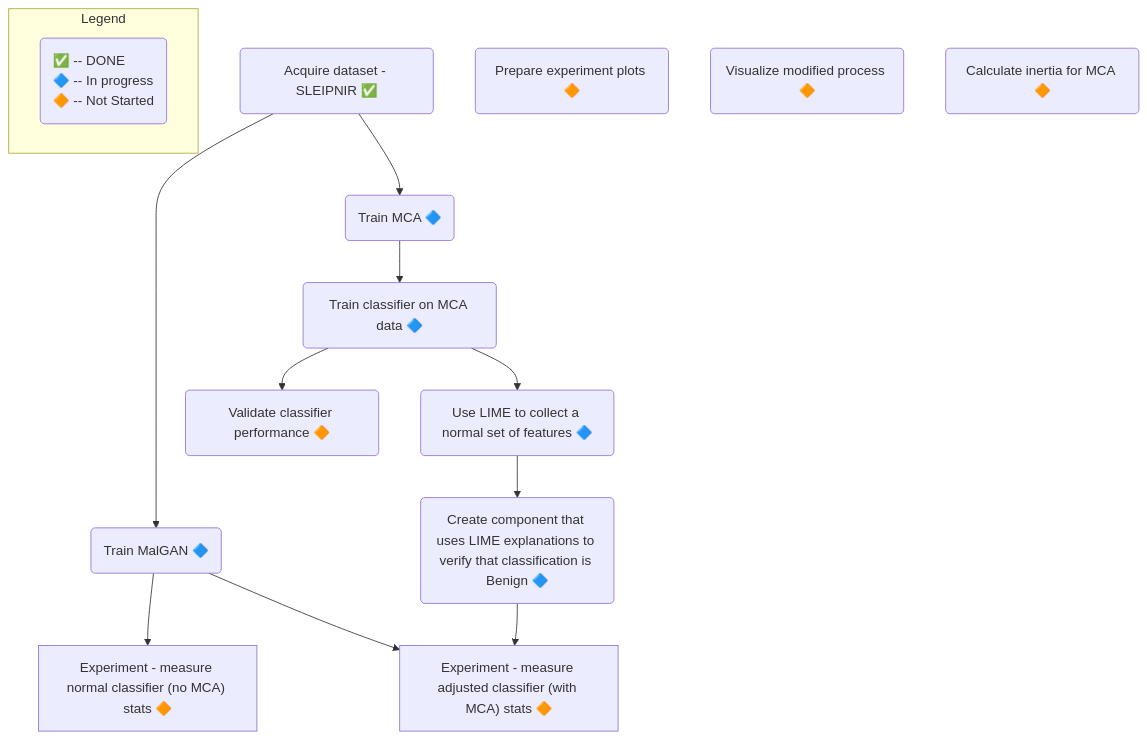
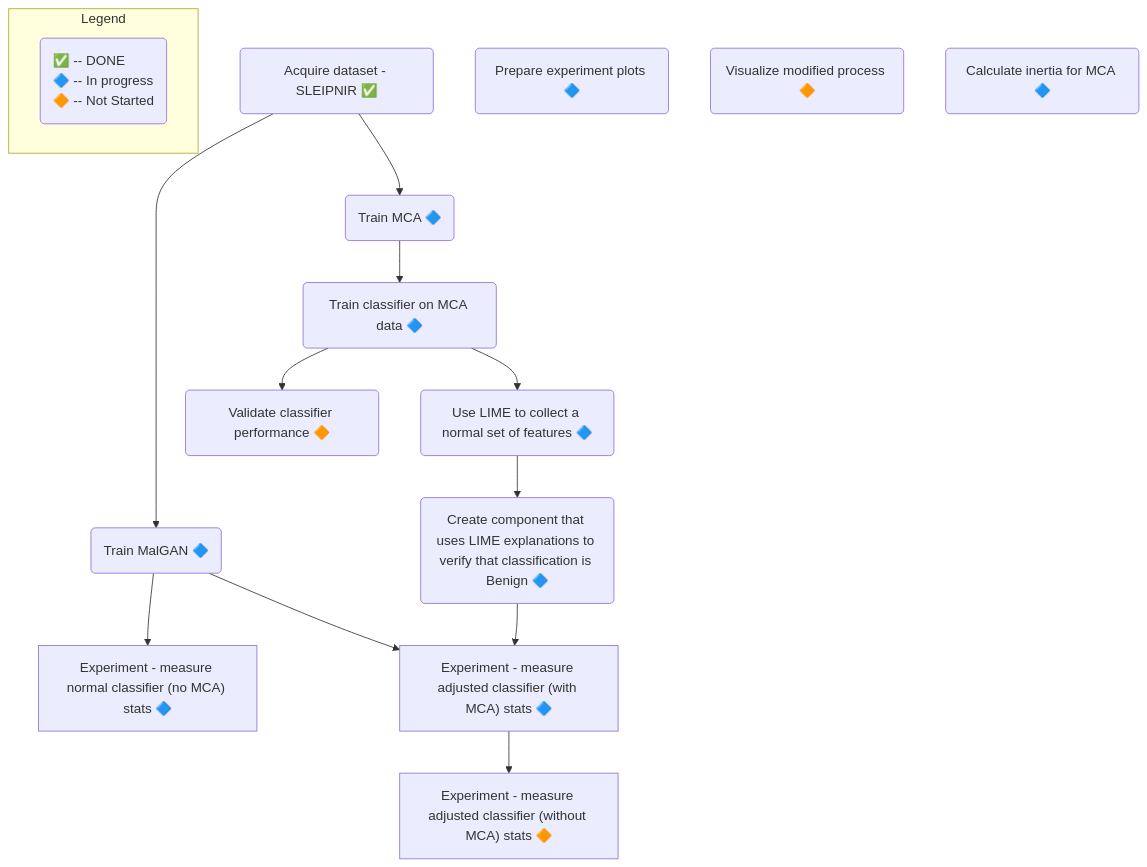
The second of 2 diagrams in README.md (onlyidev/bachelor), drawn with Mermaid before and after one commit. The commit also changed other lines of this file, not shown here.

````diff
--- a/README.md
+++ b/README.md
@@ -53,34 +59,36 @@
 ```mermaid
 flowchart
 data("Acquire dataset - SLEIPNIR ✅")
 train("Train MalGAN 🔷")
 mca("Train MCA 🔷")
 classify("Train classifier on MCA data 🔷")
 validate("Validate classifier performance 🔶")
 collect("Use LIME to collect a normal set of features 🔷")
 lime("Create component that uses LIME explanations to verify that classification is Benign 🔷")
-exp1["Experiment - measure normal classifier (no MCA) stats 🔶"]
-exp2["Experiment - measure adjusted classifier (with MCA) stats 🔶"]
-plots("Prepare experiment plots 🔶")
+exp1["Experiment - measure normal classifier (no MCA) stats 🔷"]
+exp2["Experiment - measure adjusted classifier (with MCA) stats 🔷"]
+exp3["Experiment - measure adjusted classifier (without MCA) stats 🔶"]
+plots("Prepare experiment plots 🔷")
 visual("Visualize modified process 🔶")
-inertia("Calculate inertia for MCA 🔶")
+inertia("Calculate inertia for MCA 🔷")
 
 data --> train
 data --> mca --> classify --> validate
 classify --> collect
 train --> exp1
 train --> exp2
 collect --> lime --> exp2
+exp2 --> exp3
 
 subgraph Legend
 legend("`
 ✅ -- DONE
 🔷 -- In progress
 🔶 -- Not Started
 `")
 end
 
 classDef left text-align:left;
 class legend left
 
 ```
````
